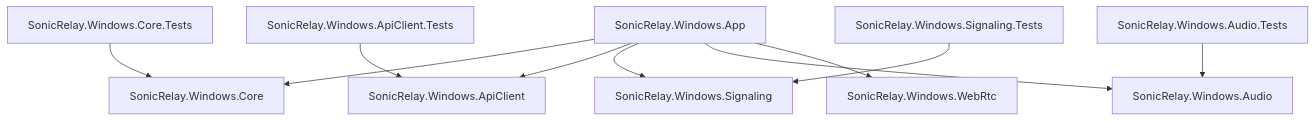
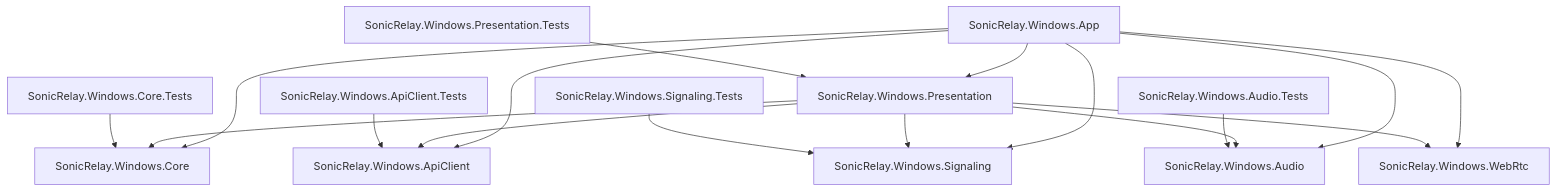
Before and after one commit to vitorhugo-dotnet/windows_SonicRelay: the first of 2 diagrams in docs/architecture.md, drawn with Mermaid. The commit also changed other lines of this file and 18 other files, not shown here.

First line of the commit message:
Extract multiplatform publisher architecture (phase 1 of #32)

````diff
--- a/docs/architecture.md
+++ b/docs/architecture.md
@@ -5,12 +5,19 @@
 ```mermaid
 flowchart TD
-    App[SonicRelay.Windows.App] --> Core[SonicRelay.Windows.Core]
+    App[SonicRelay.Windows.App] --> Presentation[SonicRelay.Windows.Presentation]
+    App --> Core[SonicRelay.Windows.Core]
     App --> ApiClient[SonicRelay.Windows.ApiClient]
     App --> Signaling[SonicRelay.Windows.Signaling]
     App --> Audio[SonicRelay.Windows.Audio]
     App --> WebRtc[SonicRelay.Windows.WebRtc]
+    Presentation --> Core
+    Presentation --> ApiClient
+    Presentation --> Signaling
+    Presentation --> Audio
+    Presentation --> WebRtc
     CoreTests[SonicRelay.Windows.Core.Tests] --> Core
     ApiTests[SonicRelay.Windows.ApiClient.Tests] --> ApiClient
     SignalingTests[SonicRelay.Windows.Signaling.Tests] --> Signaling
     AudioTests[SonicRelay.Windows.Audio.Tests] --> Audio
+    PresentationTests[SonicRelay.Windows.Presentation.Tests] --> Presentation
 ```
````
